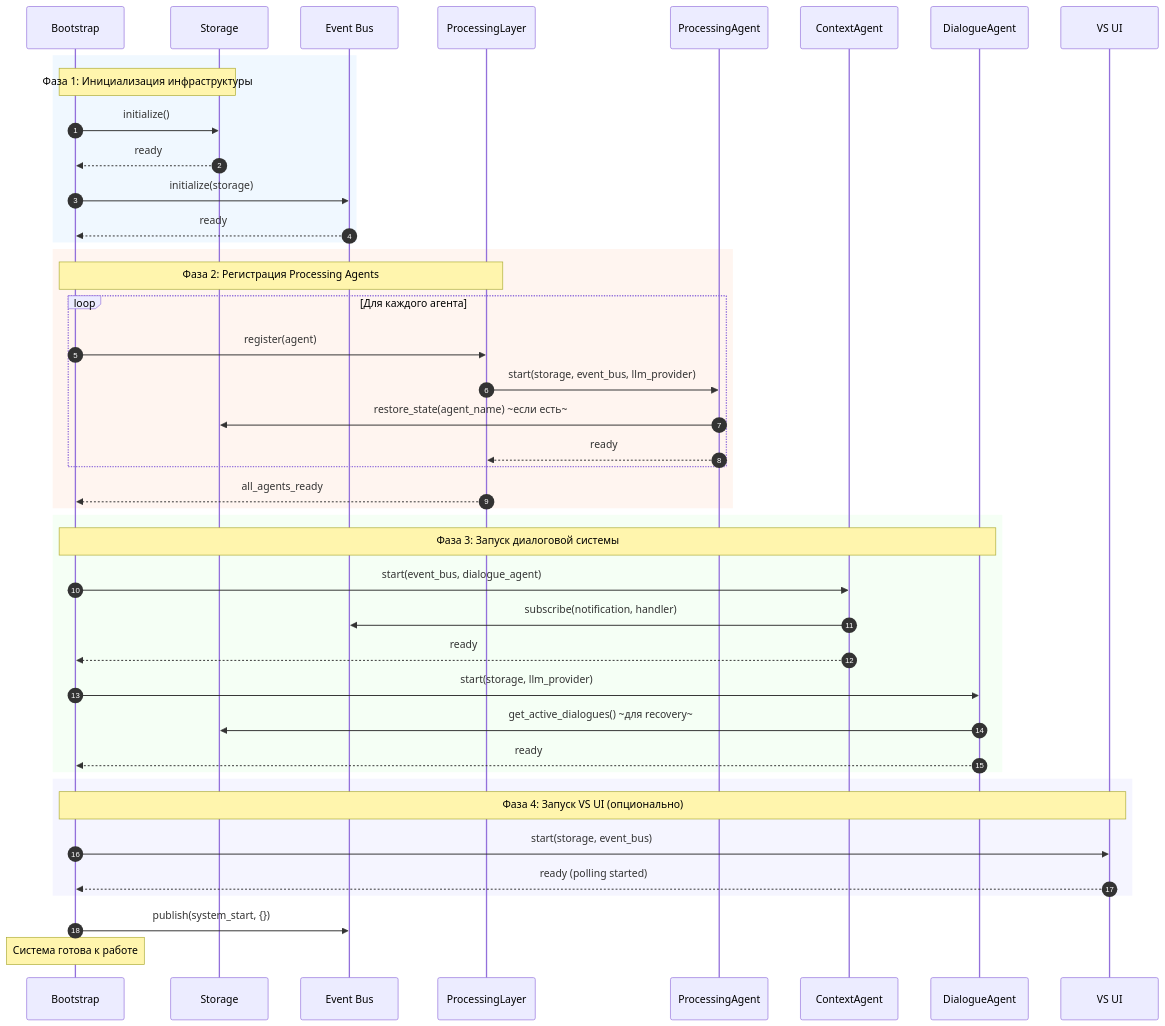
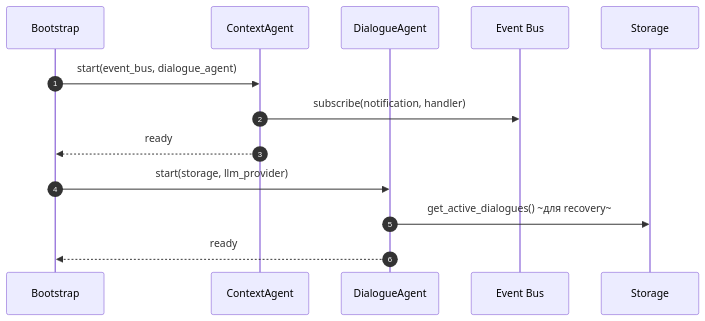
Before and after one commit to Dieugene/team-assistant: the tenth of 17 diagrams in 00_docs/architecture/runtime_architecture.md, drawn with Mermaid. The commit also changed other lines of this file, not shown here.

First line of the commit message:
Refine runtime architecture details

````diff
--- a/00_docs/architecture/runtime_architecture.md
+++ b/00_docs/architecture/runtime_architecture.md
@@ -302,51 +340,17 @@
 ```mermaid
 sequenceDiagram
     autonumber
     participant Bootstrap as Bootstrap
-    participant Storage as Storage
-    participant EB as Event Bus
-    participant PL as ProcessingLayer
-    participant PA as ProcessingAgent
     participant CA as ContextAgent
     participant DA as DialogueAgent
-    participant VS as VS UI
+    participant EB as Event Bus
+    participant Storage as Storage
 
-    rect rgb(240, 248, 255)
-        Note over Bootstrap,Storage: Фаза 1: Инициализация инфраструктуры
-        Bootstrap->>Storage: initialize()
-        Storage-->>Bootstrap: ready
-        Bootstrap->>EB: initialize(storage)
-        EB-->>Bootstrap: ready
-    end
+    Bootstrap->>CA: start(event_bus, dialogue_agent)
+    CA->>EB: subscribe(notification, handler)
+    CA-->>Bootstrap: ready
 
-    rect rgb(255, 245, 240)
-        Note over Bootstrap,PL: Фаза 2: Регистрация Processing Agents
-        loop Для каждого агента
-            Bootstrap->>PL: register(agent)
-            PL->>PA: start(storage, event_bus, llm_provider)
-            PA->>Storage: restore_state(agent_name) ~если есть~
-            PA-->>PL: ready
-        end
-        PL-->>Bootstrap: all_agents_ready
-    end
-
-    rect rgb(245, 255, 245)
-        Note over Bootstrap,DA: Фаза 3: Запуск диалоговой системы
-        Bootstrap->>CA: start(event_bus, dialogue_agent)
-        CA->>EB: subscribe(notification, handler)
-        CA-->>Bootstrap: ready
-
-        Bootstrap->>DA: start(storage, llm_provider)
-        DA->>Storage: get_active_dialogues() ~для recovery~
-        DA-->>Bootstrap: ready
-    end
-
-    rect rgb(245, 245, 255)
-        Note over Bootstrap,VS: Фаза 4: Запуск VS UI (опционально)
-        Bootstrap->>VS: start(storage, event_bus)
-        VS-->>Bootstrap: ready (polling started)
-    end
-
-    Bootstrap->>EB: publish(system_start, {})
-    Note over Bootstrap: Система готова к работе
+    Bootstrap->>DA: start(storage, llm_provider)
+    DA->>Storage: get_active_dialogues() ~для recovery~
+    DA-->>Bootstrap: ready
 ```
````
